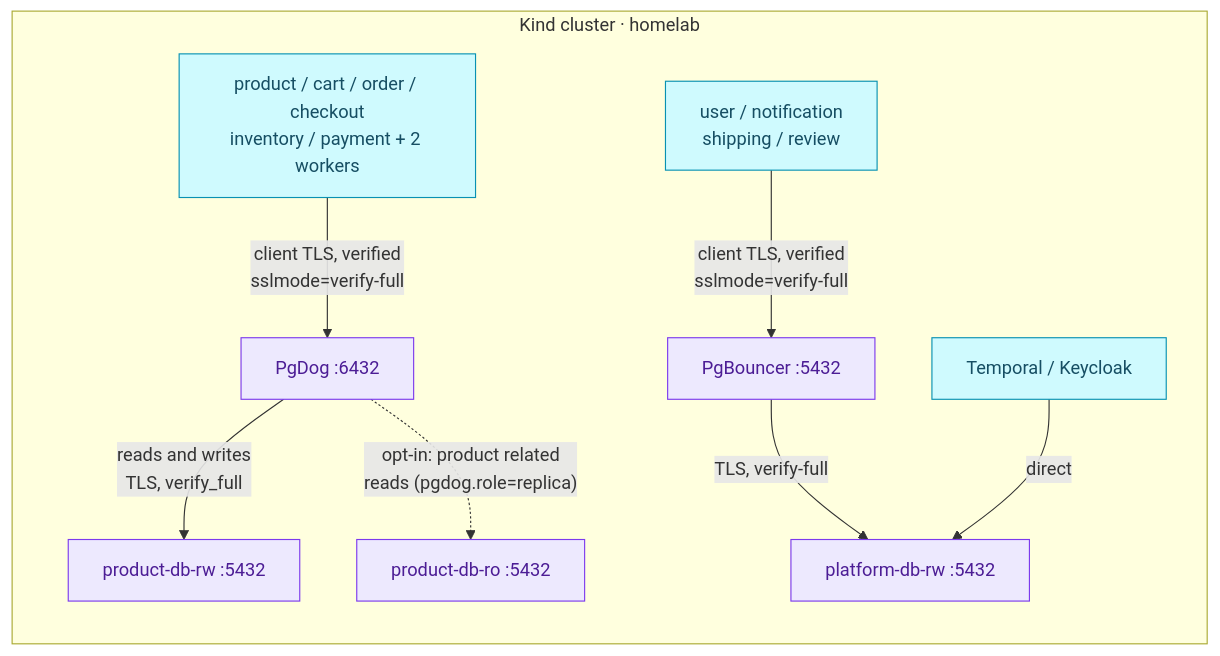
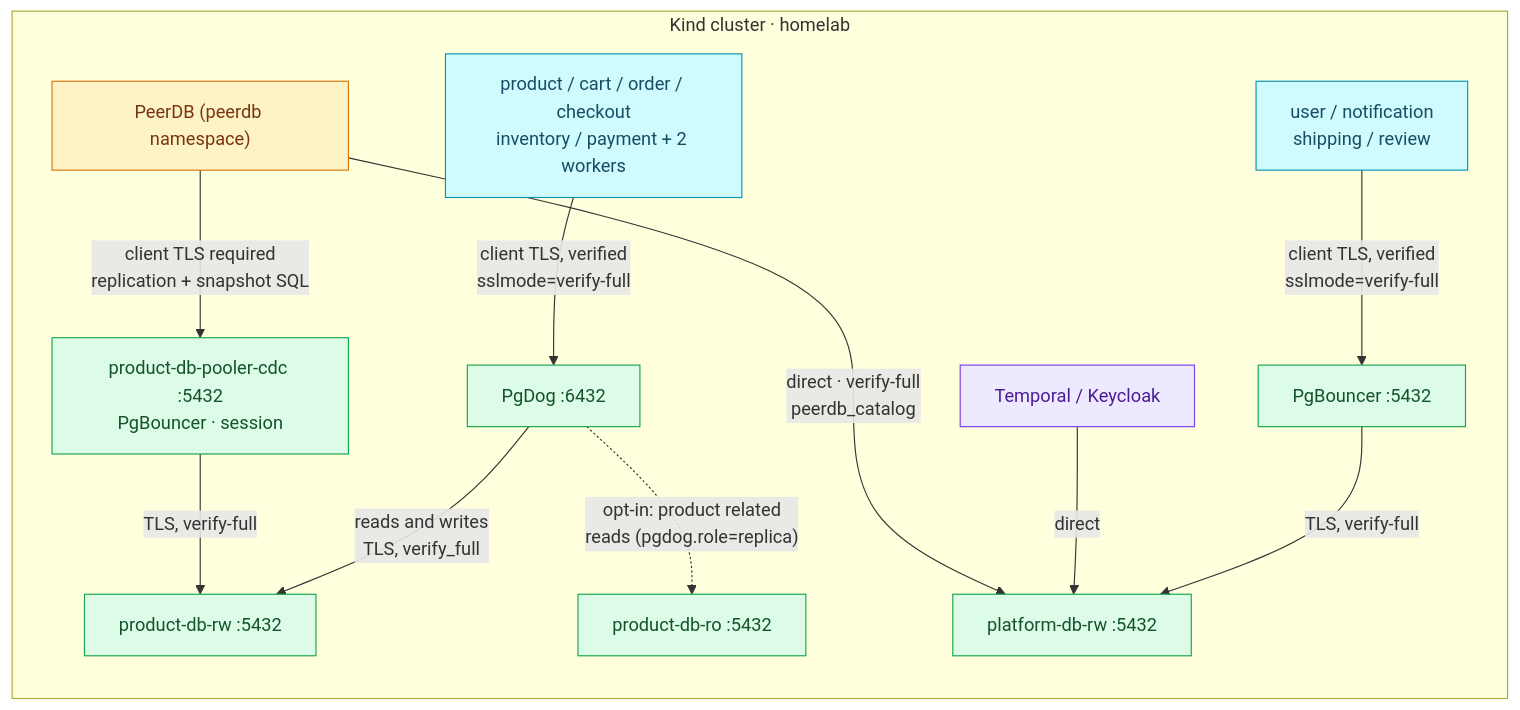
One commit to duynhlab/homelab changed the diagram in docs/databases/poolers.md. Above: the diagram before and after it, drawn with Mermaid. The commit also changed 11 other files, not shown here.

Commit message:
Redraw RFC-0030's Mermaid diagrams as deployed (#1385)

````diff
--- a/docs/databases/poolers.md
+++ b/docs/databases/poolers.md
@@ -34,17 +34,25 @@
 ```mermaid
 flowchart LR
     subgraph Kind["Kind cluster · homelab"]
         ProductClients["product / cart / order / checkout<br/>inventory / payment + 2 workers"] -->|"client TLS, verified<br/>sslmode=verify-full"| PgDog["PgDog :6432"]
         PgDog -->|"reads and writes<br/>TLS, verify_full"| ProductRW["product-db-rw :5432"]
         PgDog -.->|"opt-in: product related<br/>reads (pgdog.role=replica)"| ProductR["product-db-ro :5432"]
 
         PlatformClients["user / notification<br/>shipping / review"] -->|"client TLS, verified<br/>sslmode=verify-full"| PgBouncer["PgBouncer :5432"]
         PgBouncer -->|"TLS, verify-full"| PlatformRW["platform-db-rw :5432"]
         Direct["Temporal / Keycloak"] -->|"direct"| PlatformRW
+
+        PeerDB["PeerDB (peerdb namespace)"] -->|"client TLS required<br/>replication + snapshot SQL"| CDCPool["product-db-pooler-cdc :5432<br/>PgBouncer · session"]
+        CDCPool -->|"TLS, verify-full"| ProductRW
+        PeerDB -->|"direct · verify-full<br/>peerdb_catalog"| PlatformRW
     end
 
     classDef service fill:#cffafe,color:#164e63,stroke:#0891b2;
+    classDef worker fill:#fef3c7,color:#78350f,stroke:#d97706;
     classDef platform fill:#ede9fe,color:#4c1d95,stroke:#7c3aed;
-    class ProductClients,PlatformClients,Direct service;
-    class PgDog,PgBouncer,ProductRW,PlatformRW,ProductR platform;
+    classDef data fill:#dcfce7,color:#14532d,stroke:#16a34a;
+    class ProductClients,PlatformClients service;
+    class Direct platform;
+    class PeerDB worker;
+    class PgDog,PgBouncer,CDCPool,ProductRW,PlatformRW,ProductR data;
 ```
````
